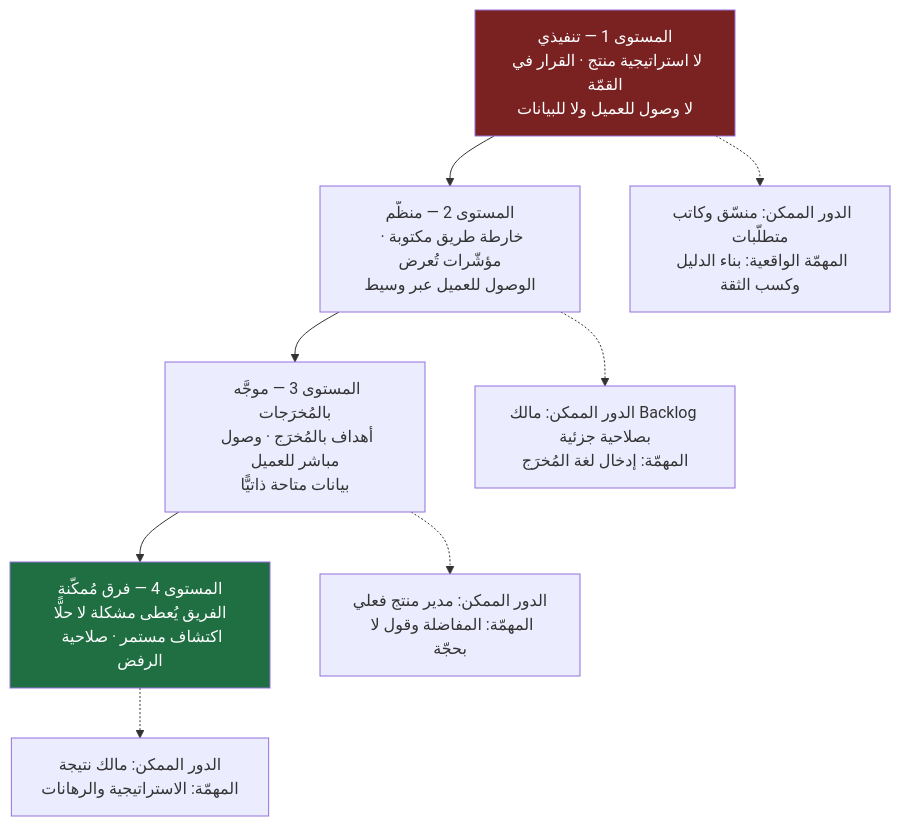
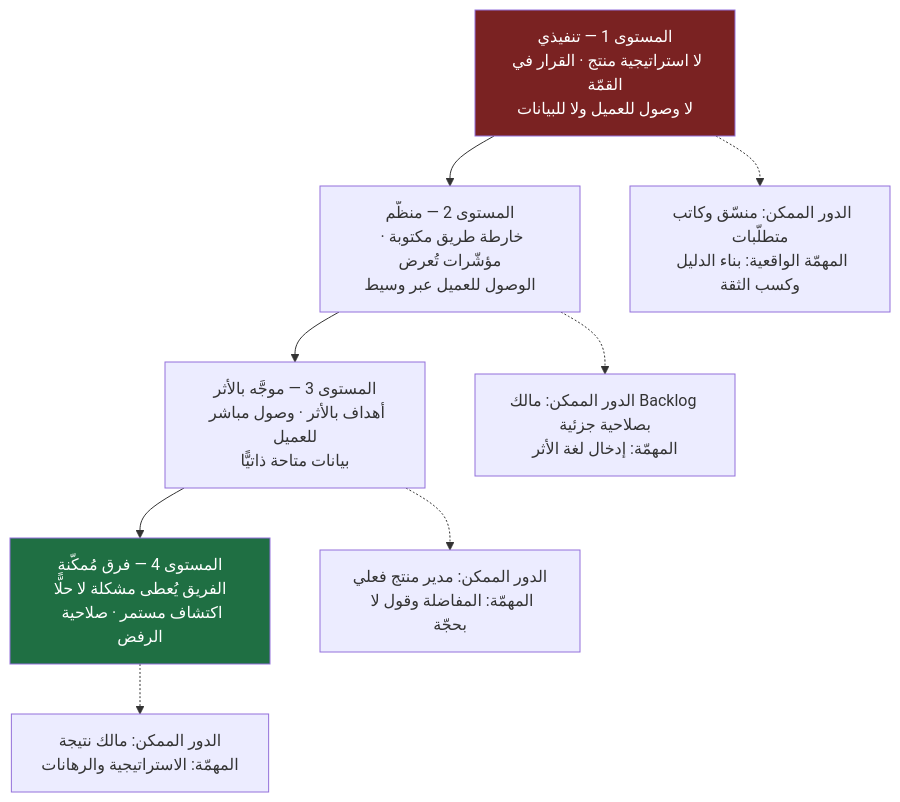
Before and after one commit to MohammedFattay/Project_Management_Notes: the fourth of 5 diagrams in content/الدورات/إدارة المنتج في عصر الذكاء الاصطناعي/01 - لماذا لا يزال مدير المنتج أهم من أي وقت مضى.md, drawn with Mermaid. The commit also changed other lines of this file and 47 other files, not shown here.

````diff
--- a/content/الدورات/إدارة المنتج في عصر الذكاء الاصطناعي/01 - لماذا لا يزال مدير المنتج أهم من أي وقت مضى.md
+++ b/content/الدورات/إدارة المنتج في عصر الذكاء الاصطناعي/01 - لماذا لا يزال مدير المنتج أهم من أي وقت مضى.md
@@ -718,18 +718,18 @@
 ```mermaid
 flowchart TD
     L1["المستوى 1 — تنفيذي<br/>لا استراتيجية منتج · القرار في القمّة<br/>لا وصول للعميل ولا للبيانات"]
     L2["المستوى 2 — منظَّم<br/>خارطة طريق مكتوبة · مؤشّرات تُعرض<br/>الوصول للعميل عبر وسيط"]
-    L3["المستوى 3 — موجَّه بالمُخرَجات<br/>أهداف بالمُخرَج · وصول مباشر للعميل<br/>بيانات متاحة ذاتيًّا"]
+    L3["المستوى 3 — موجَّه بالأثر<br/>أهداف بالأثر · وصول مباشر للعميل<br/>بيانات متاحة ذاتيًّا"]
     L4["المستوى 4 — فرق مُمكَّنة<br/>الفريق يُعطى مشكلة لا حلًّا<br/>اكتشاف مستمر · صلاحية الرفض"]
     L1 --> L2 --> L3 --> L4
     R1["الدور الممكن: منسّق وكاتب متطلّبات<br/>المهمّة الواقعية: بناء الدليل وكسب الثقة"]
-    R2["الدور الممكن: مالك Backlog بصلاحية جزئية<br/>المهمّة: إدخال لغة المُخرَج"]
+    R2["الدور الممكن: مالك Backlog بصلاحية جزئية<br/>المهمّة: إدخال لغة الأثر"]
     R3["الدور الممكن: مدير منتج فعلي<br/>المهمّة: المفاضلة وقول لا بحجّة"]
     R4["الدور الممكن: مالك نتيجة<br/>المهمّة: الاستراتيجية والرهانات"]
     L1 -.-> R1
     L2 -.-> R2
     L3 -.-> R3
     L4 -.-> R4
     style L4 fill:#1f6f43,color:#fff
     style L1 fill:#7a2222,color:#fff
 ```
````
